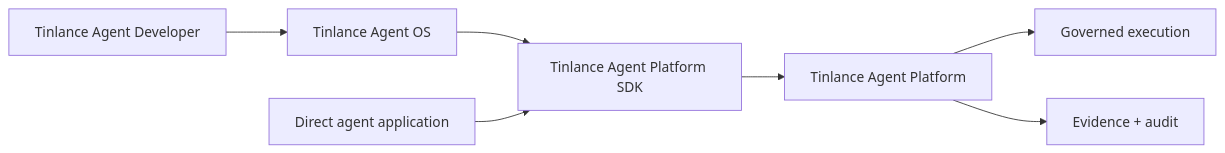
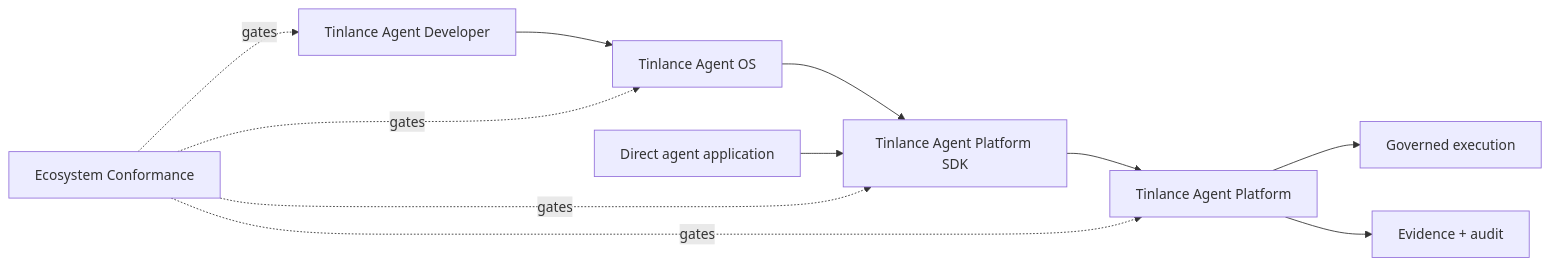
One commit to LloydCoder/tinlance-agent-platform-sdk changed the diagram in docs/integration/ECOSYSTEM.md. Above: the diagram before and after it, drawn with Mermaid. The commit also changed other lines of this file and 2 other files, not shown here.

Commit message:
docs: reconcile ecosystem conformance (#28)
* docs: add ecosystem conformance reference

* docs: reconcile ecosystem conformance flow

* docs: surface ecosystem conformance

* docs: reconcile SDK ecosystem flowchart

````diff
--- a/docs/integration/ECOSYSTEM.md
+++ b/docs/integration/ECOSYSTEM.md
@@ -5,9 +5,13 @@
 ```mermaid
 flowchart LR
     D[Tinlance Agent Developer] --> O[Tinlance Agent OS]
     O --> S[Tinlance Agent Platform SDK]
     A[Direct agent application] --> S
     S --> P[Tinlance Agent Platform]
     P --> X[Governed execution]
     P --> V[Evidence + audit]
+    C[Ecosystem Conformance] -. gates .-> D
+    C -. gates .-> O
+    C -. gates .-> S
+    C -. gates .-> P
 ```
````
